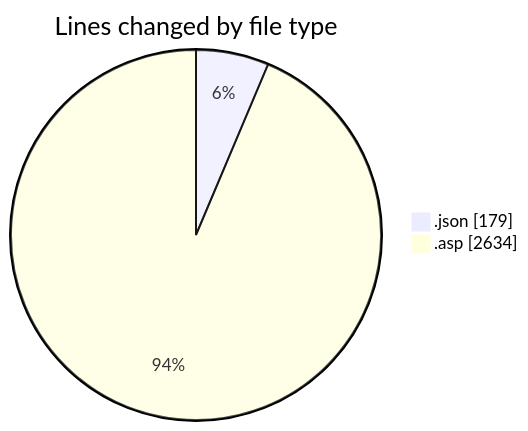
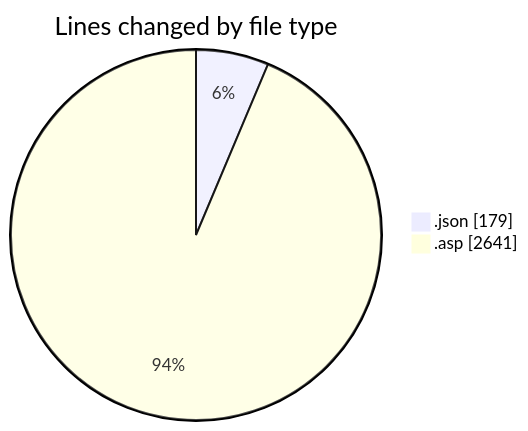
Before and after one commit to julien-gomy/code-tracking: the first of 2 diagrams in 2025-11-17/cdp_aleoudev_fr__workspace_/README.md, drawn with Mermaid. The commit also changed other lines of this file and 1 other file, not shown here.

````diff
--- a/2025-11-17/cdp_aleoudev_fr__workspace_/README.md
+++ b/2025-11-17/cdp_aleoudev_fr__workspace_/README.md
@@ -22,6 +22,6 @@
 ```mermaid
 pie showData
 title Lines changed by file type
 ".json" : 179
-".asp" : 2634
+".asp" : 2641
 ```
````
